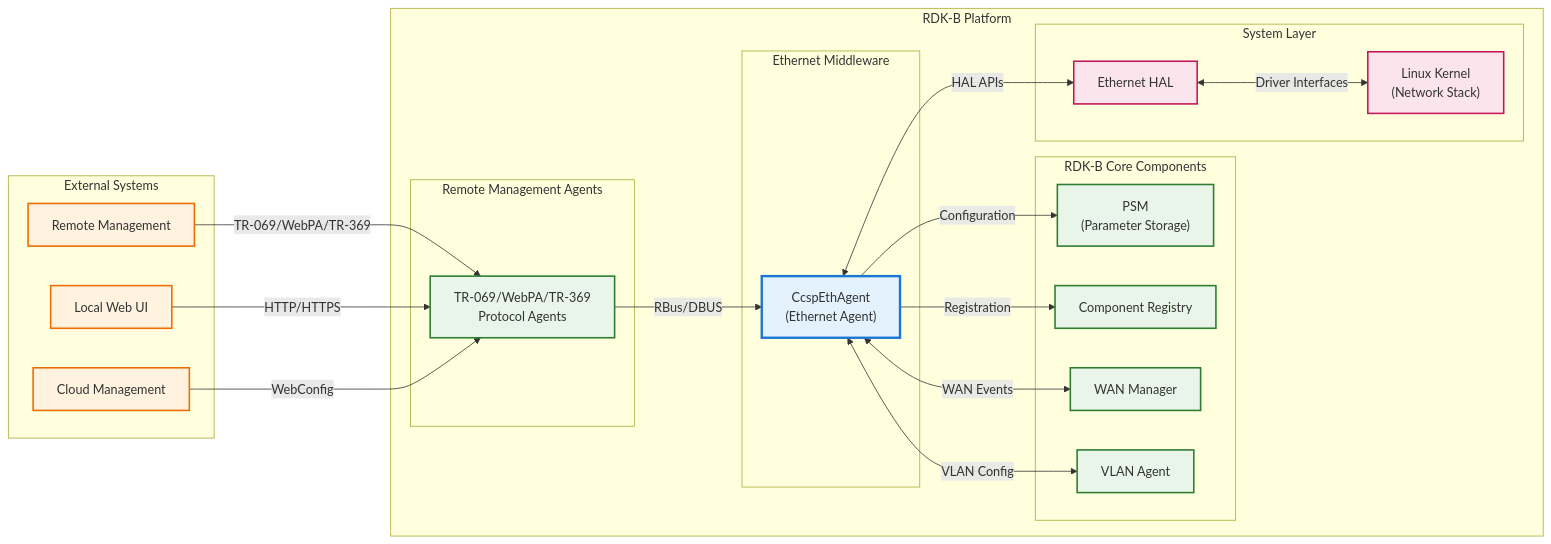
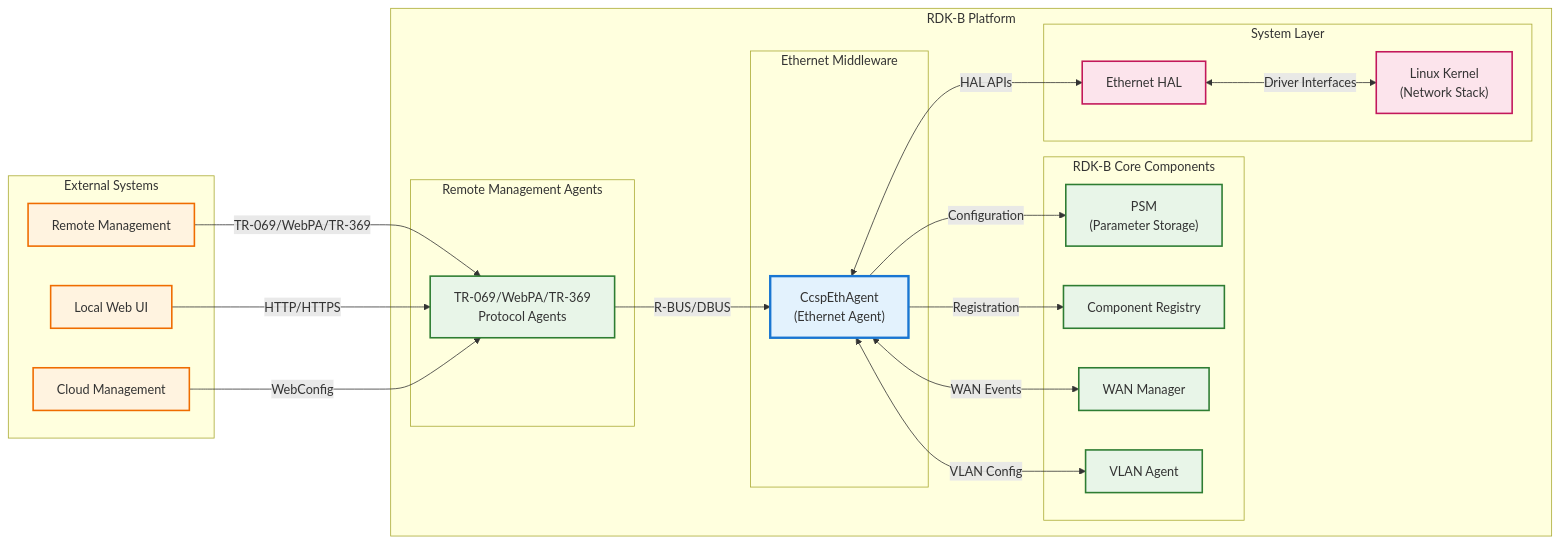
The first of 7 diagrams in README.md (rdkcentral/ethernet-agent), drawn with Mermaid before and after one commit. The commit also changed other lines of this file, not shown here.

````diff
--- a/README.md
+++ b/README.md
@@ -9,58 +9,58 @@
 ```mermaid
 graph LR
     subgraph "External Systems"
         RemoteMgmt["Remote Management"]
         LocalUI["Local Web UI"]
         CloudMgmt["Cloud Management"]
     end
 
     subgraph "RDK-B Platform"
         subgraph "Remote Management Agents"
             ProtocolAgents["TR-069/WebPA/TR-369<br/>Protocol Agents"]
         end
         
         subgraph "Ethernet Middleware"
             EthAgent["CcspEthAgent<br/>(Ethernet Agent)"]
         end
         
         subgraph "RDK-B Core Components"
             PSM["PSM<br/>(Parameter Storage)"]
             CR["Component Registry"]
             WanMgr["WAN Manager"]
             VlanAgent["VLAN Agent"]
         end
         
         subgraph "System Layer"
             HAL["Ethernet HAL"]
             Linux["Linux Kernel<br/>(Network Stack)"]
         end
     end
 
     %% External connections
     RemoteMgmt -->|TR-069/WebPA/TR-369| ProtocolAgents
     LocalUI -->|HTTP/HTTPS| ProtocolAgents
     CloudMgmt -->|WebConfig| ProtocolAgents
 
     %% Upper layer to Ethernet Agent
-    ProtocolAgents -->|RBus/DBUS| EthAgent
+    ProtocolAgents -->|R-BUS/DBUS| EthAgent
 
     %% Ethernet Agent to Other RDK-B Components
     EthAgent -->|Configuration| PSM
     EthAgent -->|Registration| CR
     EthAgent <-->|WAN Events| WanMgr
     EthAgent <-->|VLAN Config| VlanAgent
 
     %% System Layer interactions
     EthAgent <-->|HAL APIs| HAL
     HAL <-->|Driver Interfaces| Linux
 
     classDef external fill:#fff3e0,stroke:#ef6c00,stroke-width:2px;
     classDef ethAgent fill:#e3f2fd,stroke:#1976d2,stroke-width:3px;
     classDef rdkbComponent fill:#e8f5e8,stroke:#2e7d32,stroke-width:2px;
     classDef system fill:#fce4ec,stroke:#c2185b,stroke-width:2px;
 
     class RemoteMgmt,LocalUI,CloudMgmt external;
     class EthAgent ethAgent;
     class ProtocolAgents,PSM,CR,WanMgr,VlanAgent rdkbComponent;
     class HAL,Linux system;
 ```
````
